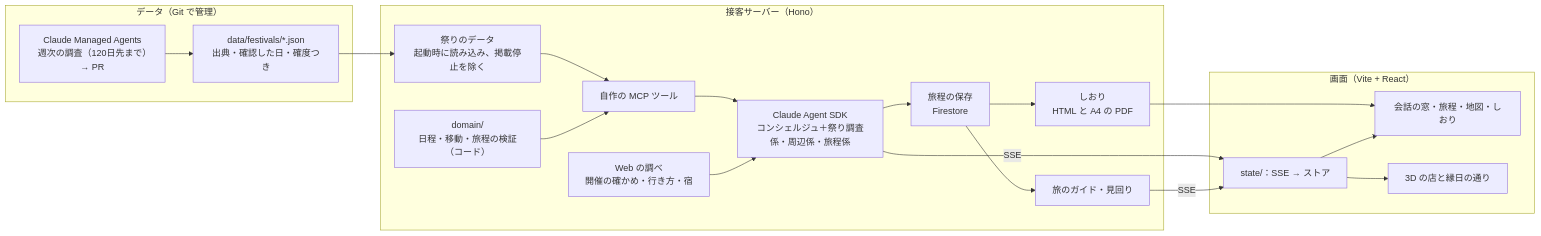
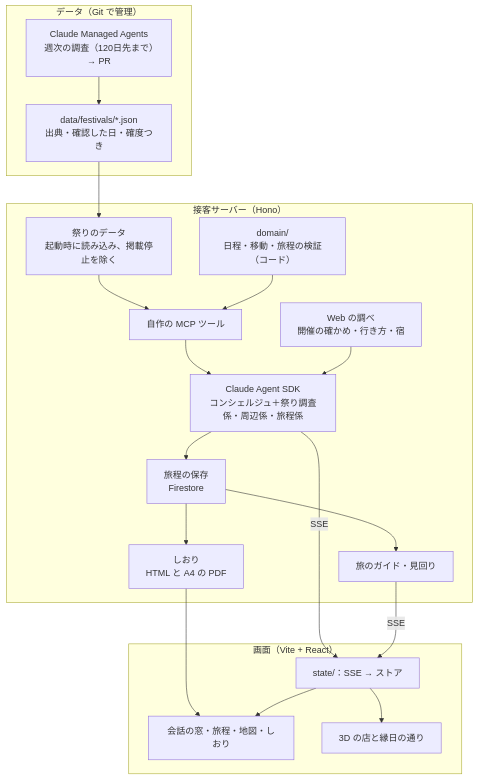
One commit to kdoai/matsuri-ikoka changed the diagram in README.md. Above: the diagram before and after it, drawn with Mermaid.

Commit message:
docs: README の全体の図を縦向きにして読みやすくする

````diff
--- a/README.md
+++ b/README.md
@@ -269,30 +269,30 @@
 ```mermaid
-flowchart LR
+flowchart TB
   subgraph Data["データ（Git で管理）"]
     MA["Claude Managed Agents<br/>週次の調査（120日先まで）→ PR"]
     FJ["data/festivals/*.json<br/>出典・確認した日・確度つき"]
   end
   subgraph Server["接客サーバー（Hono）"]
     ST["祭りのデータ<br/>起動時に読み込み、掲載停止を除く"]
     DM["domain/<br/>日程・移動・旅程の検証（コード）"]
     TL["自作の MCP ツール"]
     AG["Claude Agent SDK<br/>コンシェルジュ＋祭り調査係・周辺係・旅程係"]
     WEB["Web の調べ<br/>開催の確かめ・行き方・宿"]
     GD["旅のガイド・見回り"]
     SV["旅程の保存<br/>Firestore"]
     SH["しおり<br/>HTML と A4 の PDF"]
   end
   subgraph Web["画面（Vite + React）"]
     SE["state/：SSE → ストア"]
     UI["会話の窓・旅程・地図・しおり"]
     TD["3D の店と縁日の通り"]
   end
   MA --> FJ --> ST --> TL
   DM --> TL --> AG
   WEB --> AG
   AG -->|SSE| SE
   AG --> SV --> SH --> UI
   SV --> GD -->|SSE| SE
   SE --> UI
   SE --> TD
 ```
````
